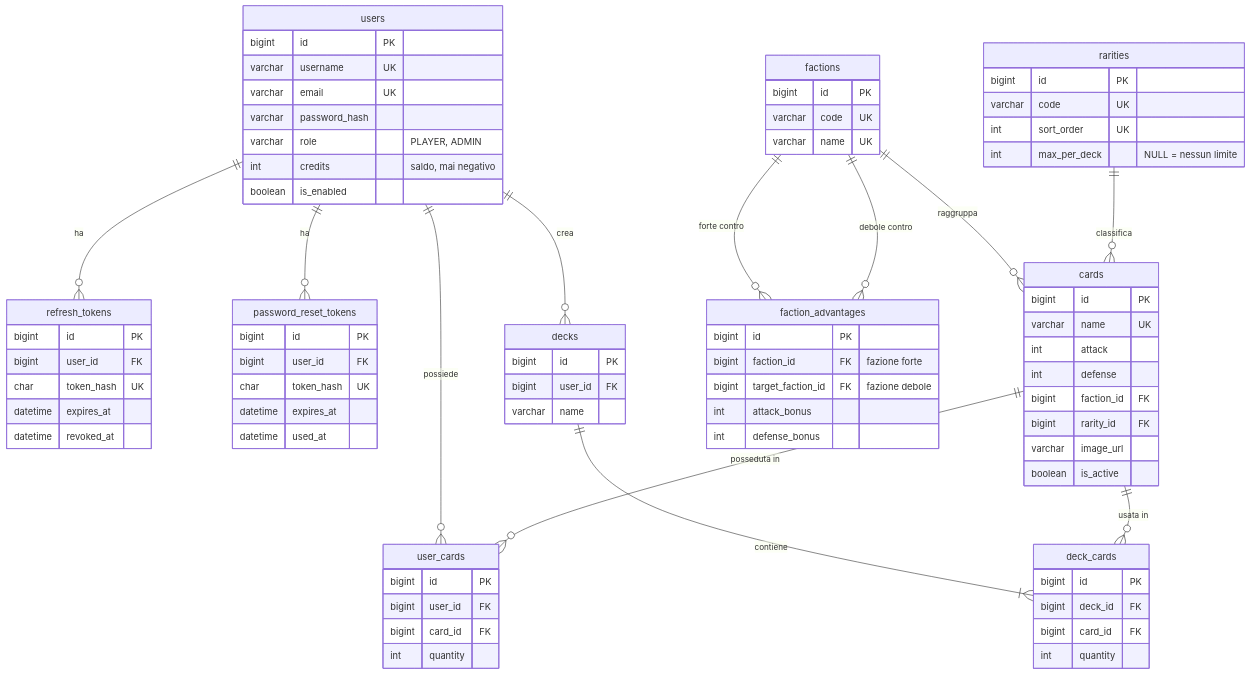
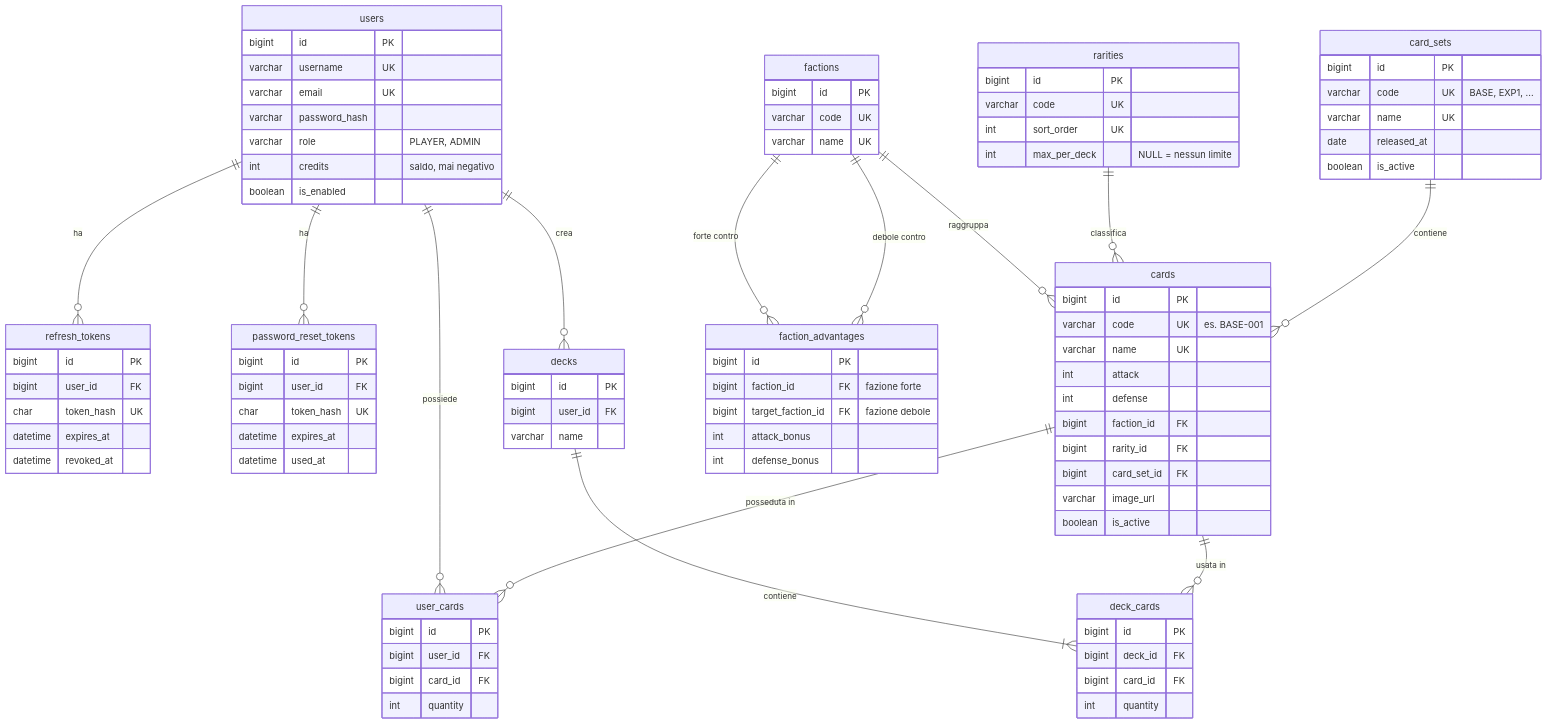
One commit to cristianpappalardoITS/LaboratorioIntegrato-Divine changed the first of 4 diagrams in docs/database/schema.md. Above: the diagram before and after it, drawn with Mermaid. The commit also changed other lines of this file and 1 other file, not shown here.

Commit message:
docs(db): aggiunge le espansioni alla proposta di schema

```diff
--- a/docs/database/schema.md
+++ b/docs/database/schema.md
@@ -65,6 +67,7 @@
     cards ||--o{ deck_cards : "usata in"
     factions ||--o{ cards : "raggruppa"
     rarities ||--o{ cards : "classifica"
+    card_sets ||--o{ cards : "contiene"
     factions ||--o{ faction_advantages : "forte contro"
     factions ||--o{ faction_advantages : "debole contro"
 
@@ -109,13 +112,22 @@
         int sort_order UK
         int max_per_deck "NULL = nessun limite"
     }
+    card_sets {
+        bigint id PK
+        varchar code UK "BASE, EXP1, ..."
+        varchar name UK
+        date released_at
+        boolean is_active
+    }
     cards {
         bigint id PK
+        varchar code UK "es. BASE-001"
         varchar name UK
         int attack
         int defense
         bigint faction_id FK
         bigint rarity_id FK
+        bigint card_set_id FK
         varchar image_url
         boolean is_active
     }
```
